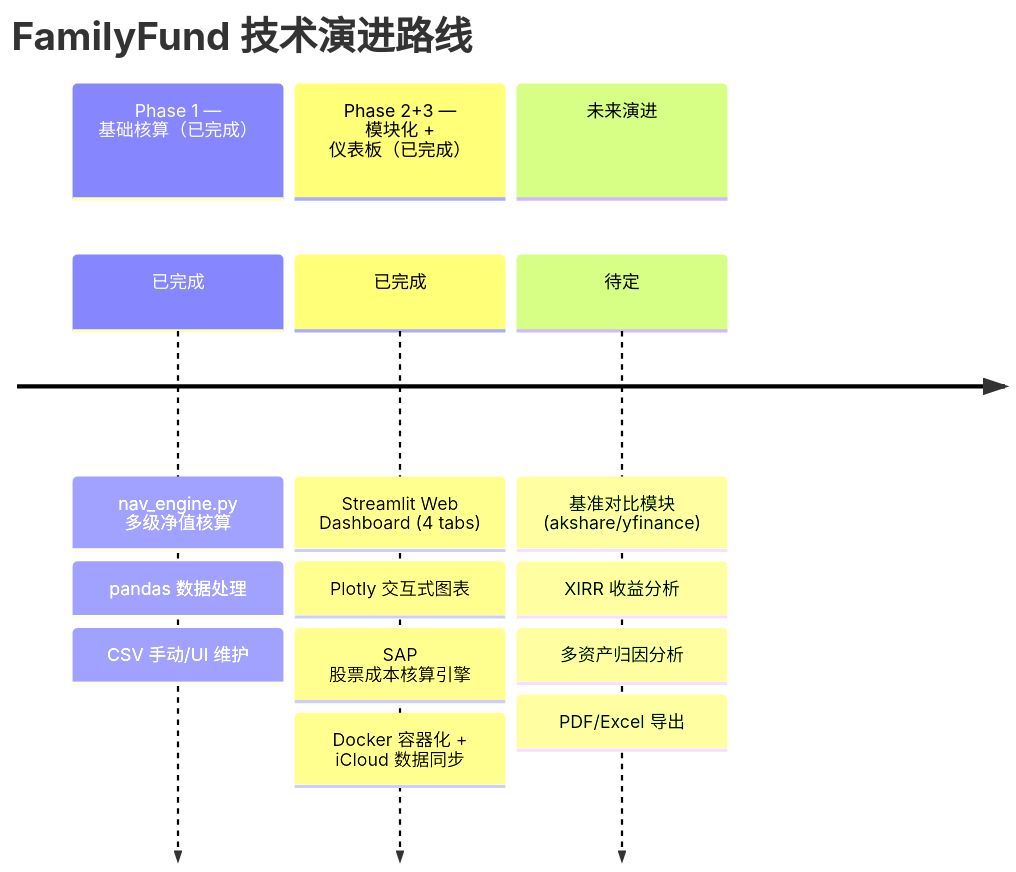
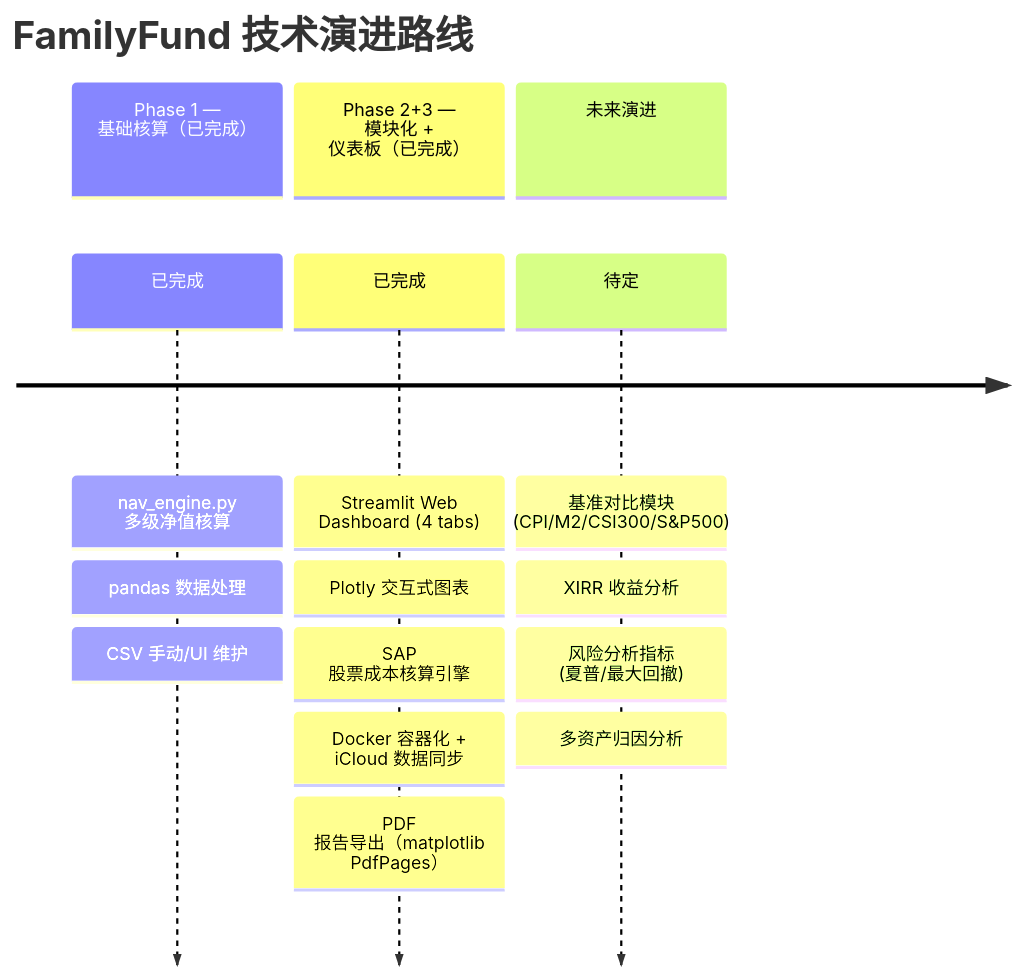
Diagram 16 of 16 in ARCHITECTURE_shared.md (Haolun123/FamilyFund), drawn with Mermaid before and after one commit. The commit also changed other lines of this file and 5 other files, not shown here.

First line of the commit message:
Add PDF report export, M2 benchmark, update architecture docs

````diff
--- a/ARCHITECTURE_shared.md
+++ b/ARCHITECTURE_shared.md
@@ -972,18 +956,19 @@
 ```mermaid
 timeline
     title FamilyFund 技术演进路线
     section Phase 1 — 基础核算（已完成）
         已完成 : nav_engine.py 多级净值核算
              : pandas 数据处理
              : CSV 手动/UI 维护
     section Phase 2+3 — 模块化 + 仪表板（已完成）
         已完成 : Streamlit Web Dashboard (4 tabs)
              : Plotly 交互式图表
              : SAP 股票成本核算引擎
              : Docker 容器化 + iCloud 数据同步
+             : PDF 报告导出（matplotlib PdfPages）
     section 未来演进
-        待定 : 基准对比模块 (akshare/yfinance)
+        待定 : 基准对比模块 (CPI/M2/CSI300/S&P500)
              : XIRR 收益分析
+             : 风险分析指标 (夏普/最大回撤)
              : 多资产归因分析
-             : PDF/Excel 导出
 ```
````
